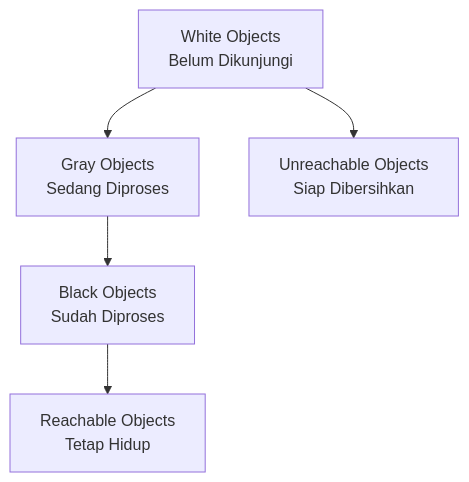
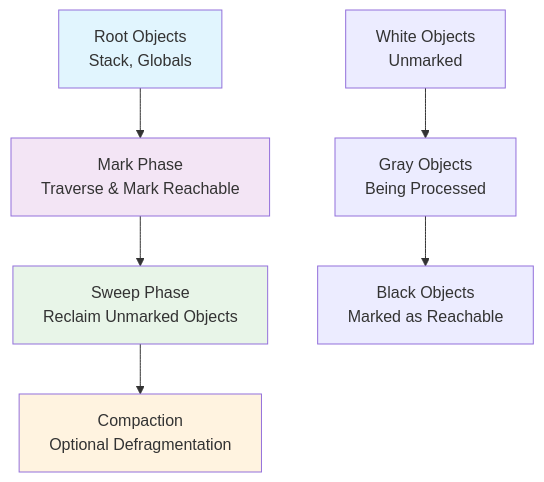
One commit to aessaputra/aessaputra.github.io changed the first of 2 diagrams in _notes/Public/Garbage Collection.md. Above: the diagram before and after it, drawn with Mermaid. The commit also changed other lines of this file and 1 other file, not shown here.

````diff
--- a/_notes/Public/Garbage Collection.md
+++ b/_notes/Public/Garbage Collection.md
@@ -39,7 +39,14 @@
 ```mermaid
 graph TD
-    A[White Objects<br/>Belum Dikunjungi] --> B[Gray Objects<br/>Sedang Diproses]
-    B --> C[Black Objects<br/>Sudah Diproses]
-    C --> D[Reachable Objects<br/>Tetap Hidup]
-    A --> E[Unreachable Objects<br/>Siap Dibersihkan]
+    A[Root Objects<br/>Stack, Globals] --> B[Mark Phase<br/>Traverse & Mark Reachable]
+    B --> C[Sweep Phase<br/>Reclaim Unmarked Objects]
+    C --> D[Compaction<br/>Optional Defragmentation]
+    
+    E[White Objects<br/>Unmarked] --> F[Gray Objects<br/>Being Processed]
+    F --> G[Black Objects<br/>Marked as Reachable]
+    
+    style A fill:#e1f5fe
+    style B fill:#f3e5f5
+    style C fill:#e8f5e8
+    style D fill:#fff3e0
 ```
````
